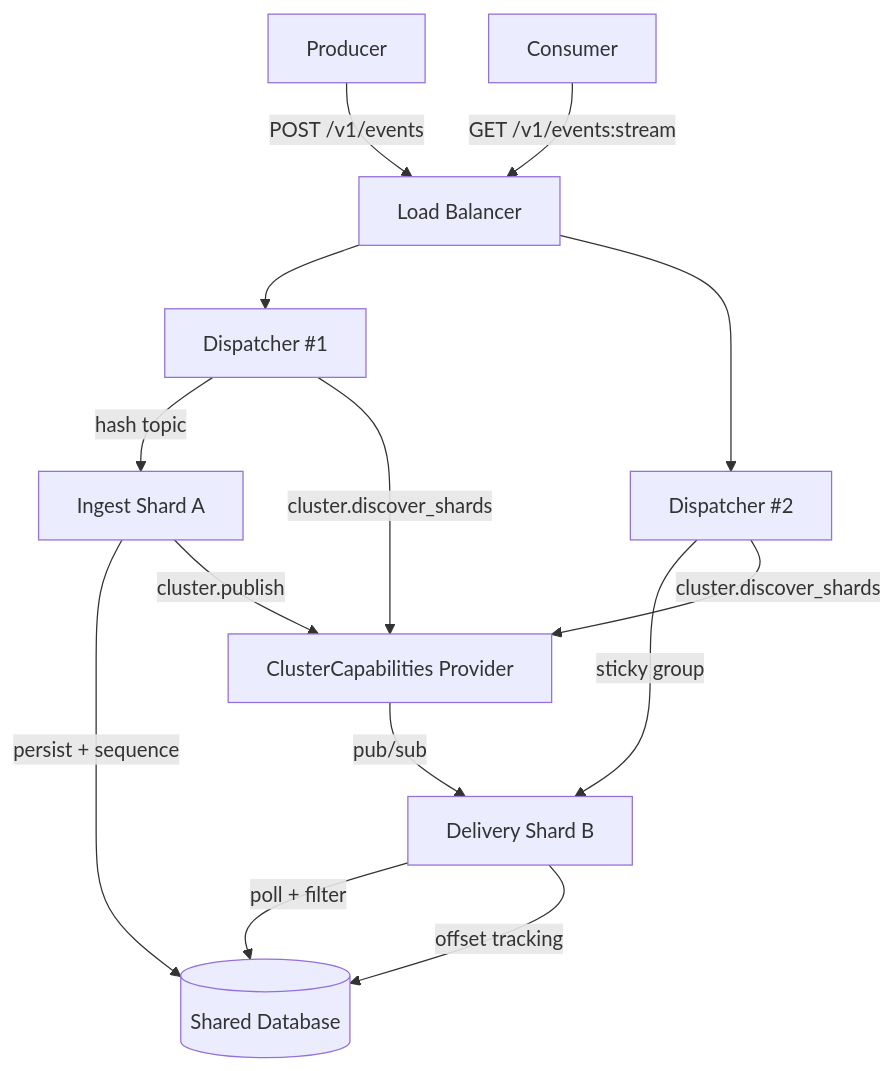
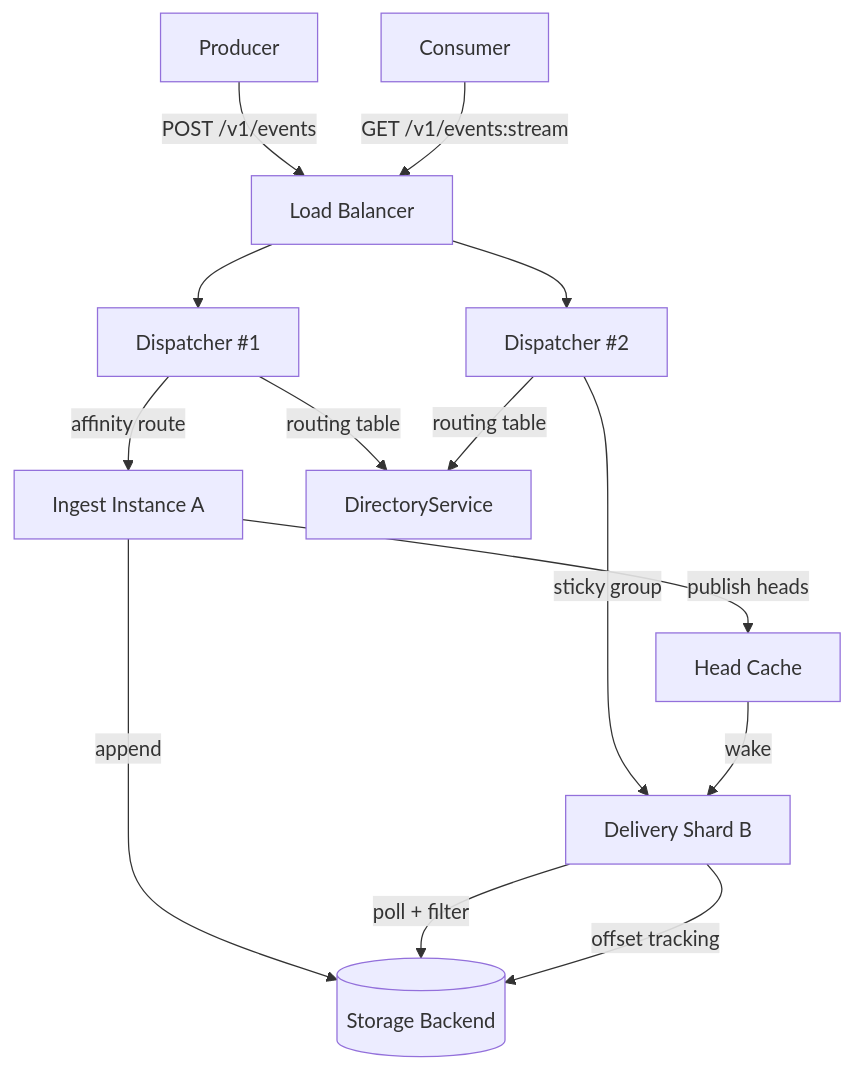
Before and after one commit to constructorfabric/gears-rust: the second of 5 diagrams in gears/system/event-broker/docs/DESIGN.md, drawn with Mermaid. The commit also changed other lines of this file and 17 other files, not shown here.

First line of the commit message:
docs(event-broker): design backend registry, routing, provisioning and backend API

````diff
--- a/gears/system/event-broker/docs/DESIGN.md
+++ b/gears/system/event-broker/docs/DESIGN.md
@@ -150,21 +149,21 @@
 ```mermaid
 graph TB
     Producer[Producer] -->|POST /v1/events| LB[Load Balancer]
     Consumer[Consumer] -->|GET /v1/events:stream| LB
 
     LB --> DISP1[Dispatcher #1]
     LB --> DISP2[Dispatcher #2]
 
-    DISP1 -->|hash topic| IS[Ingest Shard A]
+    DISP1 -->|affinity route| IS[Ingest Instance A]
     DISP2 -->|sticky group| DS[Delivery Shard B]
 
-    IS -->|persist + sequence| SB[(Shared Database)]
-    IS -->|cluster.publish| CC[ClusterCapabilities Provider]
-    CC -->|pub/sub| DS
+    IS -->|append| SB[(Storage Backend)]
+    IS -->|publish heads| HC[Head Cache]
+    HC -->|wake| DS
 
     DS -->|poll + filter| SB
     DS -->|offset tracking| SB
 
-    DISP1 -->|cluster.discover_shards| CC
-    DISP2 -->|cluster.discover_shards| CC
+    DISP1 -->|routing table| DIR[DirectoryService]
+    DISP2 -->|routing table| DIR
 ```
````
